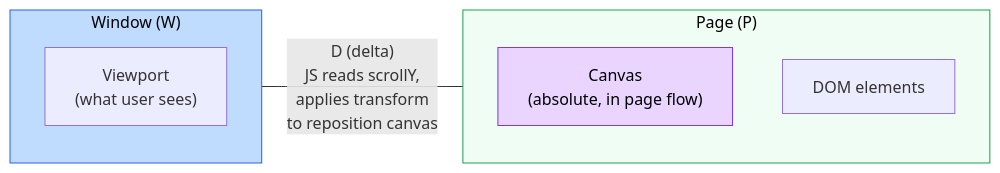
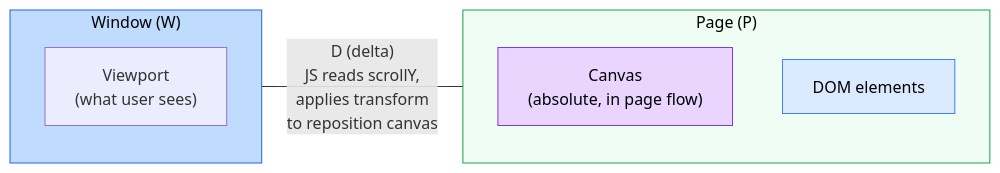
The sixth of 10 diagrams in content/logs/08-webgl-scroll-sync.mdx (joyco-studio/registry), drawn with Mermaid before and after one commit.

Commit message:
Unify DOM content node color across Approach 1 and 2 diagrams
Add the blue fill style (fill:#dbeafe,stroke:#3b82f6) to the DOM elements
node in the Approach 2 diagram, matching Approach 1's CONTENT node.

https://claude.ai/code/session_01GMv1HzpSB9K6osphGUeMbL

````diff
--- a/content/logs/08-webgl-scroll-sync.mdx
+++ b/content/logs/08-webgl-scroll-sync.mdx
@@ -225,19 +225,20 @@
 ```mermaid
 flowchart LR
     subgraph viewport ["Window (W)"]
         direction TB
         VIEW["Viewport<br/>(what user sees)"]
     end
 
     subgraph page ["Page (P)"]
         direction TB
         CANVAS["Canvas<br/>(absolute, in page flow)"]
         DOM["DOM elements"]
     end
 
     viewport ---|"D (delta)<br/>JS reads scrollY,<br/>applies transform<br/>to reposition canvas"| page
 
     style viewport fill:#bfdbfe,stroke:#2563eb,color:#000
     style page fill:#f0fdf4,stroke:#16a34a,color:#000
     style CANVAS fill:#e9d5ff,stroke:#7c3aed,color:#000
+    style DOM fill:#dbeafe,stroke:#3b82f6,color:#000
 ```
````
